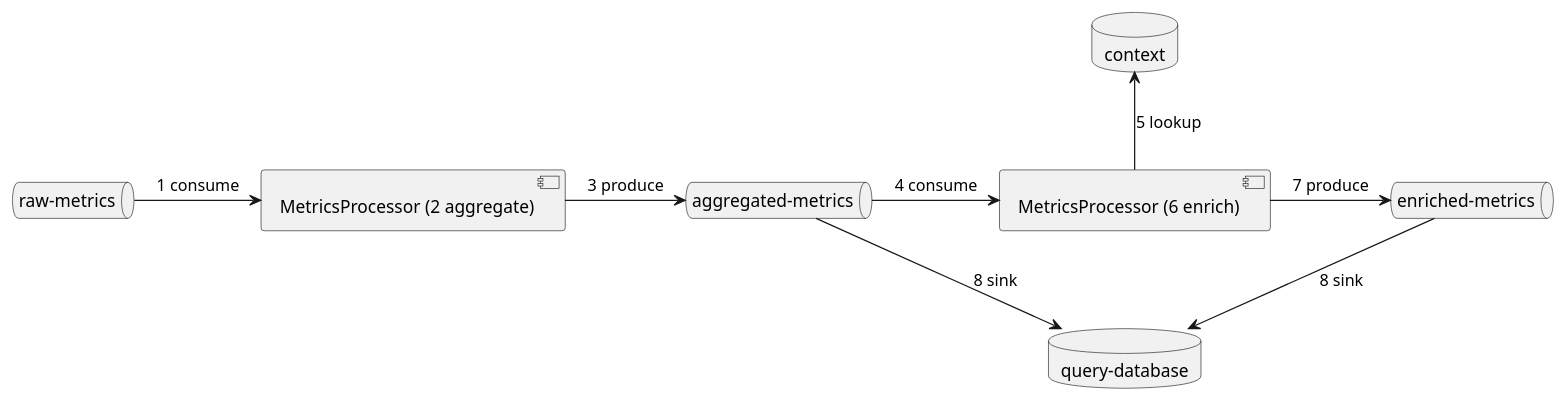
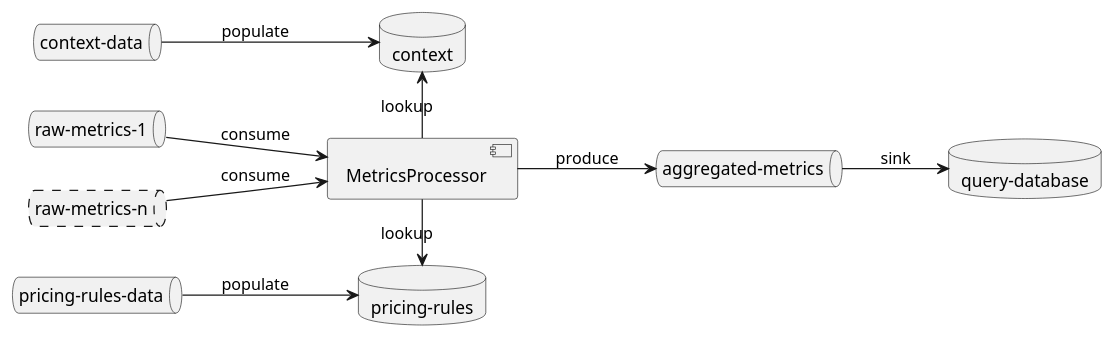
The fourth of 4 diagrams in docs/architecture/src/06_runtime_view.adoc (spoud/kafka-cost-control), drawn with PlantUML before and after one commit. The commit also changed other lines of this file and 14 other files, not shown here.

```diff
--- a/docs/architecture/src/06_runtime_view.adoc
+++ b/docs/architecture/src/06_runtime_view.adoc
@@ -68,22 +106,29 @@
 [plantuml,target=runtime-enrich,format=svg]
 ....
 @startuml
-component "MetricsProcessor (2 aggregate)" as MetricsAggregator
-component "MetricsProcessor (6 enrich)" as MetricsProcessor
-queue "raw-metrics"
+left to right direction
+
+    queue "raw-metrics-1"
+    queue "raw-metrics-n" #line.dashed
+
+queue "context-data"
+queue "pricing-rules-data"
 queue "aggregated-metrics"
-queue "enriched-metrics"
-database context
+component MetricsProcessor
+database "context"
+database "pricing-rules"
 database "query-database"
 
 
-"raw-metrics" -right-> [MetricsAggregator]: 1 consume
-MetricsAggregator -right-> "aggregated-metrics" : 3 produce
-"aggregated-metrics" -right-> [MetricsProcessor]: 4 consume
-[MetricsProcessor] -right-> "enriched-metrics": 7 produce
-[MetricsProcessor] -up-> context: 5 lookup
+"pricing-rules-data" -down-> "pricing-rules": populate
+"context-data" -down-> "context": populate
 
-"aggregated-metrics" -down-> "query-database": 8 sink
-"enriched-metrics" -down-> "query-database": 8 sink
+"raw-metrics-1" -down-> [MetricsProcessor]: consume
+"raw-metrics-n" -down-> [MetricsProcessor]: consume
+MetricsProcessor -left-> "context": lookup
+MetricsProcessor -right-> "pricing-rules": lookup
+MetricsProcessor -down-> "aggregated-metrics" : produce
+
+"aggregated-metrics" -down-> "query-database": sink
 @enduml
 ....
```
